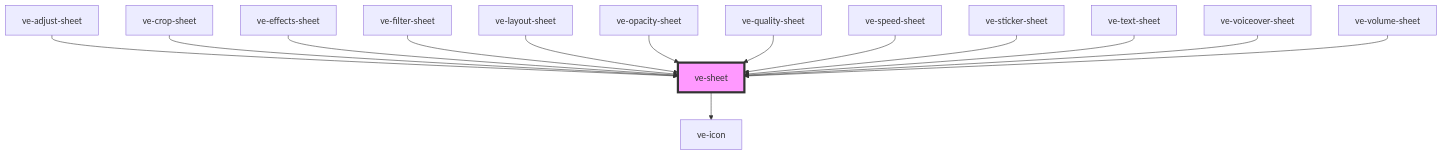
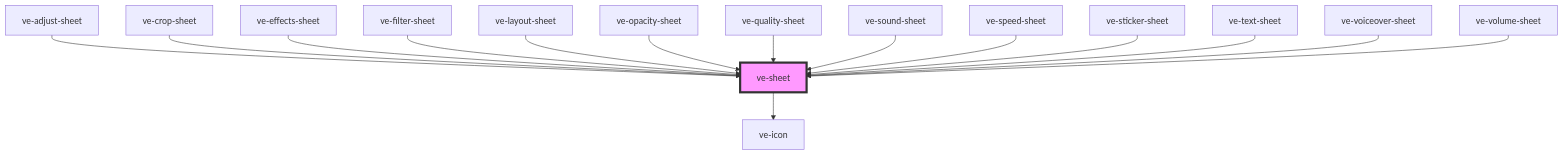
Before and after one commit to dotnetdreamer/capacitor-video-kit: the diagram in src/components/ve-sheet/readme.md, drawn with Mermaid. The commit also changed other lines of this file and 31 other files, not shown here.

First line of the commit message:
feat: add ve-sound-sheet component for managing audio tracks

````diff
--- a/src/components/ve-sheet/readme.md
+++ b/src/components/ve-sheet/readme.md
@@ -133,17 +134,18 @@
 ```mermaid
 graph TD;
   ve-sheet --> ve-icon
   ve-adjust-sheet --> ve-sheet
   ve-crop-sheet --> ve-sheet
   ve-effects-sheet --> ve-sheet
   ve-filter-sheet --> ve-sheet
   ve-layout-sheet --> ve-sheet
   ve-opacity-sheet --> ve-sheet
   ve-quality-sheet --> ve-sheet
+  ve-sound-sheet --> ve-sheet
   ve-speed-sheet --> ve-sheet
   ve-sticker-sheet --> ve-sheet
   ve-text-sheet --> ve-sheet
   ve-voiceover-sheet --> ve-sheet
   ve-volume-sheet --> ve-sheet
   style ve-sheet fill:#f9f,stroke:#333,stroke-width:4px
 ```
````
